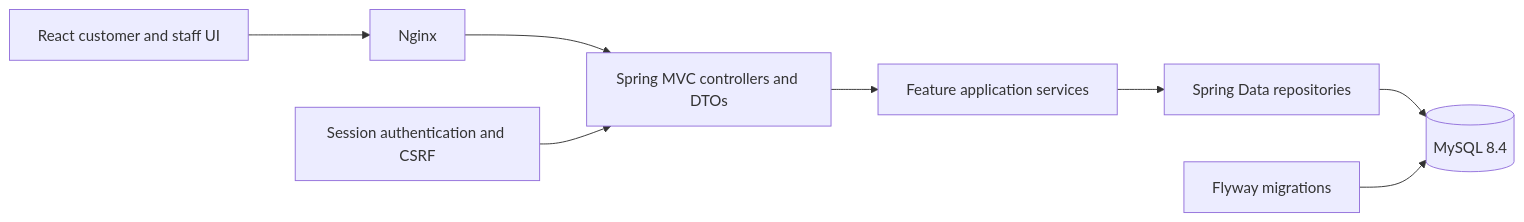
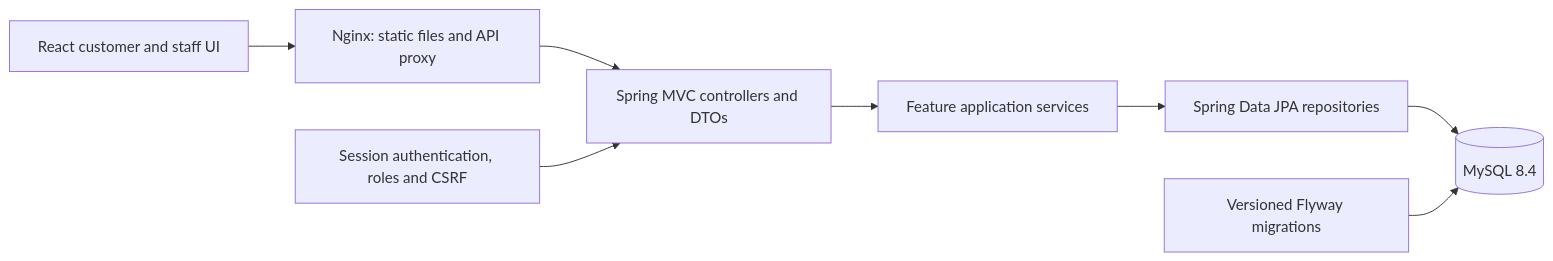
Before and after one commit to mikeli94cn/dvd_rental_chatgpt: the diagram in docs/architecture.md, drawn with Mermaid. The commit also changed other lines of this file and 82 other files, not shown here.

````diff
--- a/docs/architecture.md
+++ b/docs/architecture.md
@@ -3,10 +3,10 @@
 ```mermaid
 flowchart LR
-    Browser[React customer and staff UI] --> Nginx
+    Browser[React customer and staff UI] --> Nginx[Nginx: static files and API proxy]
     Nginx --> MVC[Spring MVC controllers and DTOs]
     MVC --> Services[Feature application services]
-    Services --> Repositories[Spring Data repositories]
+    Services --> Repositories[Spring Data JPA repositories]
     Repositories --> MySQL[(MySQL 8.4)]
-    Security[Session authentication and CSRF] --> MVC
-    Flyway[Flyway migrations] --> MySQL
+    Security[Session authentication, roles and CSRF] --> MVC
+    Flyway[Versioned Flyway migrations] --> MySQL
 ```
````
